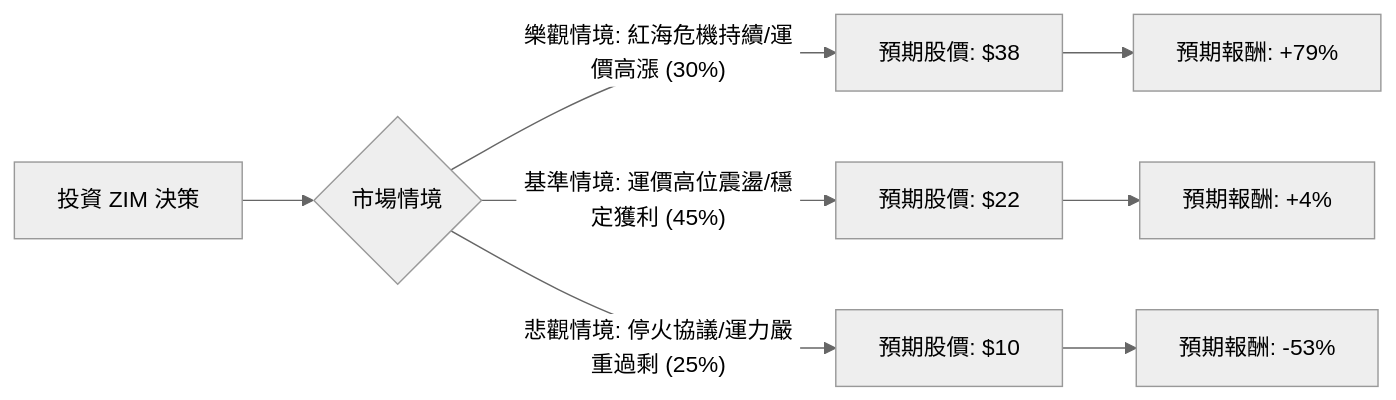
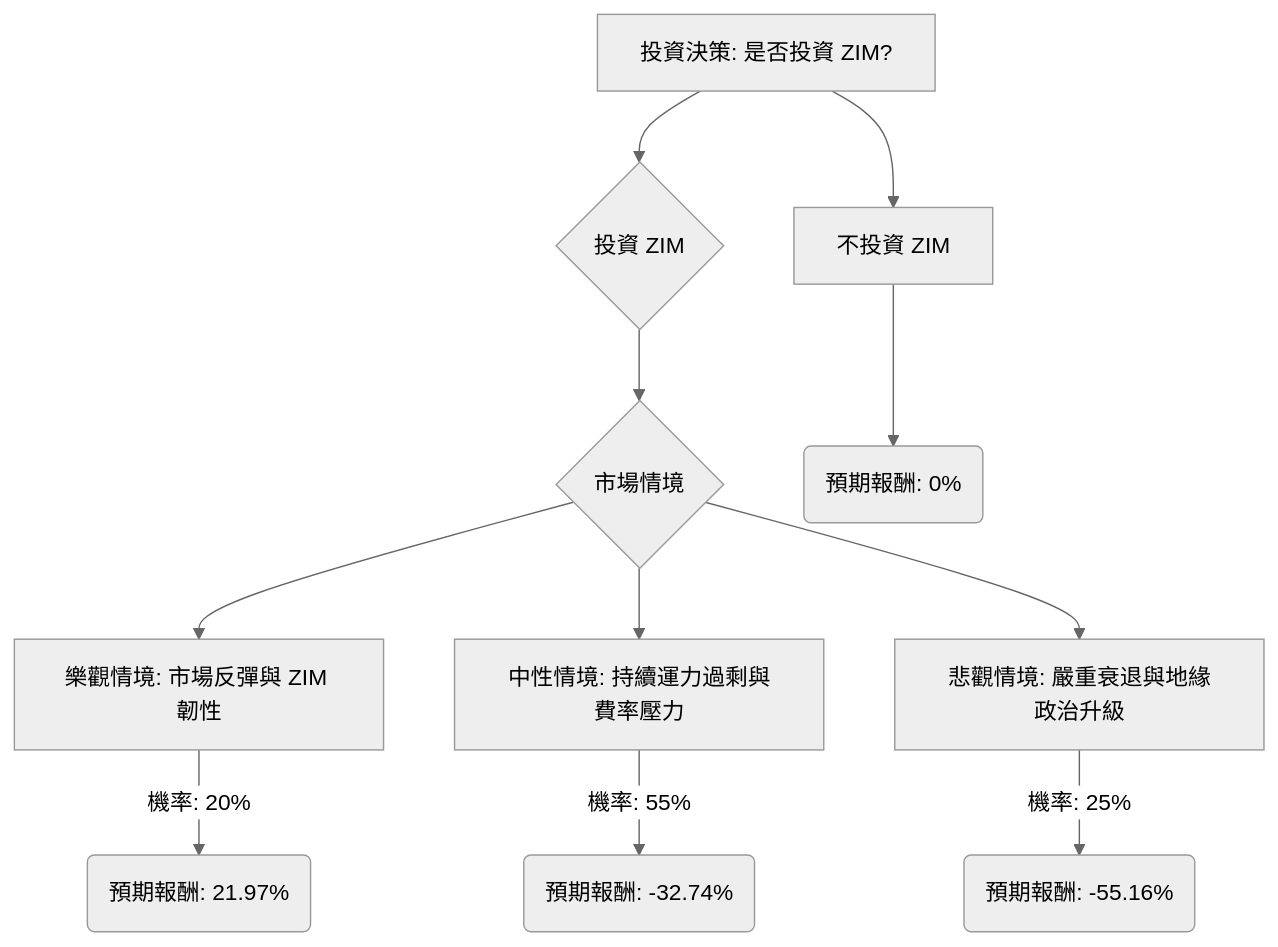
Before and after one commit to zmcx16/zmcx16.github.io: the diagram in plugin-react/ai-analysis/ev-analysis/ZIM.md, drawn with Mermaid (neutral theme). The commit also changed other lines of this file and 72 other files, not shown here.

````diff
--- a/plugin-react/ai-analysis/ev-analysis/ZIM.md
+++ b/plugin-react/ai-analysis/ev-analysis/ZIM.md
@@ -19,12 +26,13 @@
 ```mermaid
-graph LR
-    A[投資 ZIM 決策] --> B{市場情境}
-    
-    B -- 樂觀情境: 紅海危機持續/運價高漲 (30%) --> C[預期股價: $38]
-    B -- 基準情境: 運價高位震盪/穩定獲利 (45%) --> D[預期股價: $22]
-    B -- 悲觀情境: 停火協議/運力嚴重過剩 (25%) --> E[預期股價: $10]
-
-    C --> C1[預期報酬: +79%]
-    D --> D1[預期報酬: +4%]
-    E --> E1[預期報酬: -53%]
+graph TD
+    A[投資決策: 是否投資 ZIM?] --> B{投資 ZIM}
+    B --> C{市場情境}
+    C --> C1[樂觀情境: 市場反彈與 ZIM 韌性]
+    C1 -- 機率: 20% --> C1_EV(預期報酬: 21.97%)
+    C --> C2[中性情境: 持續運力過剩與費率壓力]
+    C2 -- 機率: 55% --> C2_EV(預期報酬: -32.74%)
+    C --> C3[悲觀情境: 嚴重衰退與地緣政治升級]
+    C3 -- 機率: 25% --> C3_EV(預期報酬: -55.16%)
+    A --> D[不投資 ZIM]
+    D --> D_EV(預期報酬: 0%)
 ```
````
